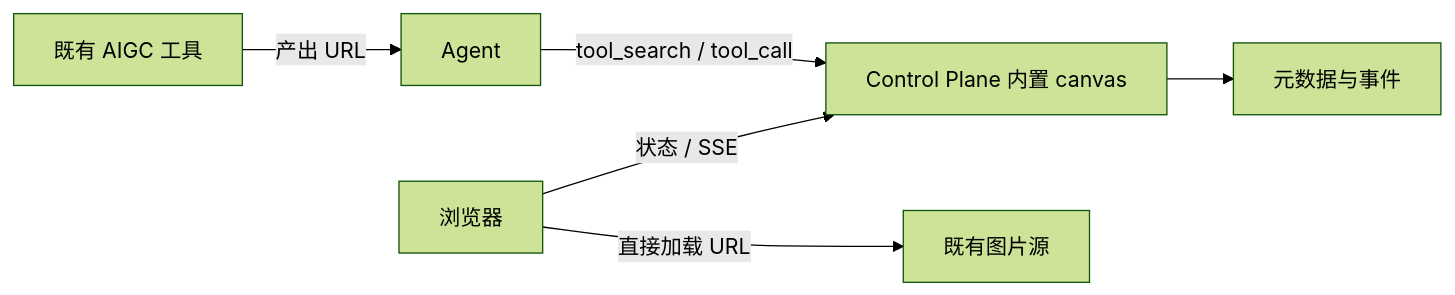
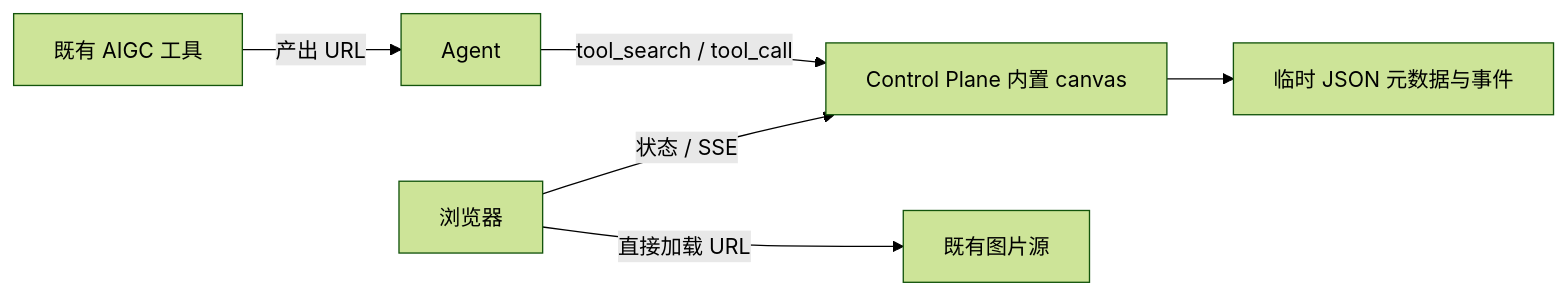
Before and after one commit to clown139880/agent-bridge: the diagram in docs/canvas-design.zh.md, drawn with Mermaid (forest theme). The commit also changed other lines of this file, not shown here.

Commit message:
docs(canvas): use temporary JSON files for metadata

````diff
--- a/docs/canvas-design.zh.md
+++ b/docs/canvas-design.zh.md
@@ -35,8 +38,8 @@
 ```mermaid
 flowchart LR
   A[Agent] -->|tool_search / tool_call| C[Control Plane 内置 canvas]
-  C --> D[元数据与事件]
+  C --> D[临时 JSON 元数据与事件]
   B[浏览器] -->|状态 / SSE| C
   B -->|直接加载 URL| I[既有图片源]
   G[既有 AIGC 工具] -->|产出 URL| A
 ```
````
